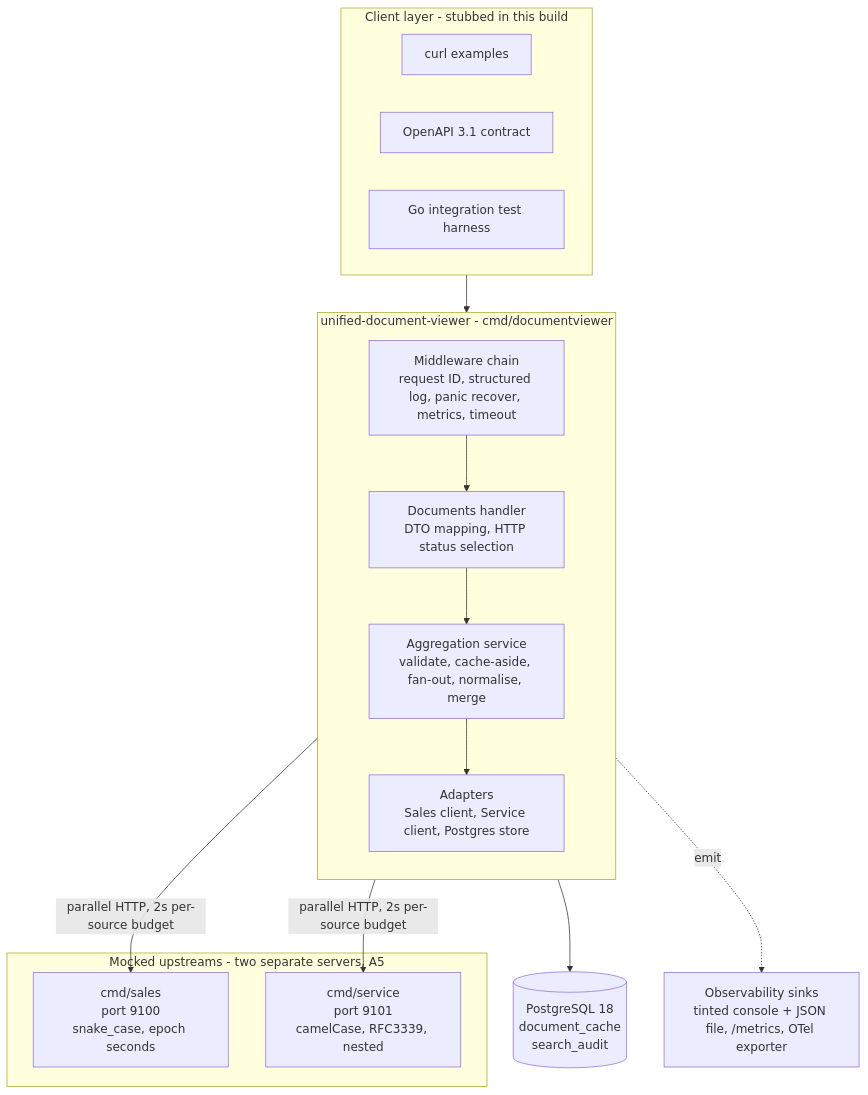
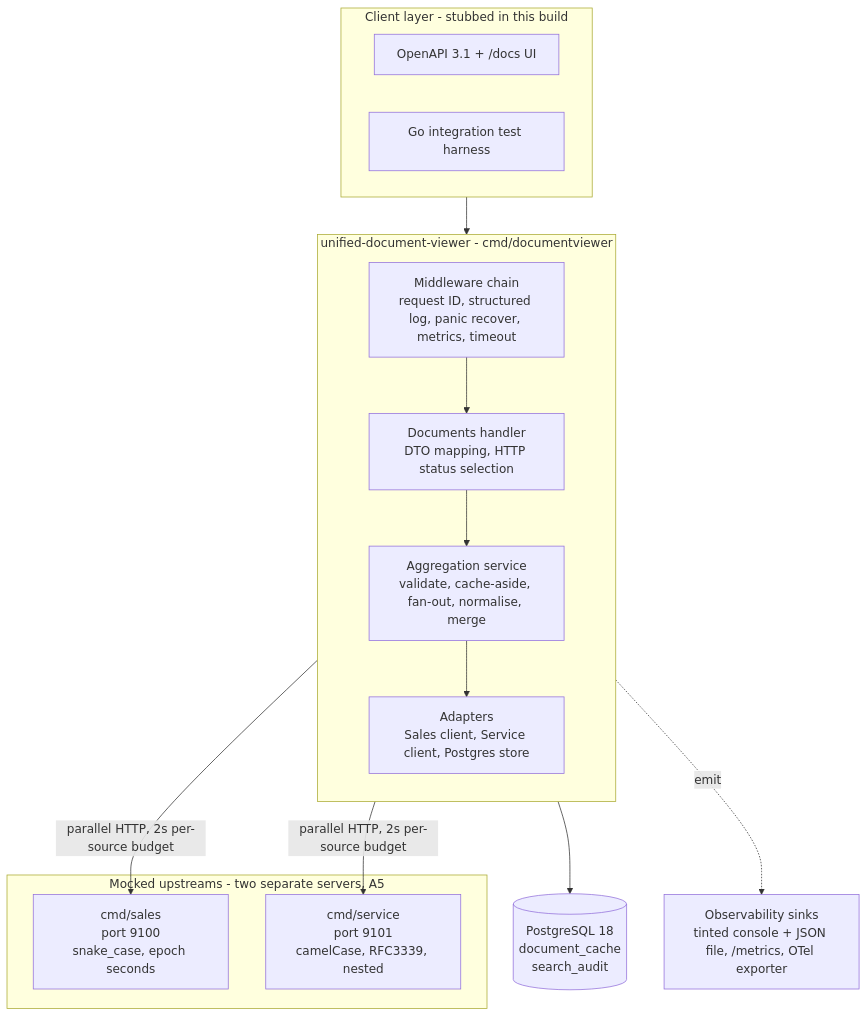
Before and after one commit to ducnd58233/keyloop-coding-challenge: the third of 7 diagrams in docs/design/SYSTEM_DESIGN.md, drawn with Mermaid. The commit also changed other lines of this file and 30 other files, not shown here.

Commit message:
feat(viewer): live OpenAPI, flat errors, and stack README

````diff
--- a/docs/design/SYSTEM_DESIGN.md
+++ b/docs/design/SYSTEM_DESIGN.md
@@ -338,33 +338,32 @@
 ```mermaid
 flowchart TB
     subgraph clients["Client layer - stubbed in this build"]
-        C1["curl examples"]
-        C2["OpenAPI 3.1 contract"]
+        C1["OpenAPI 3.1 + /docs UI"]
         C3["Go integration test harness"]
     end
 
     subgraph app["unified-document-viewer - cmd/documentviewer"]
         direction TB
         MW["Middleware chain<br/>request ID, structured log, panic recover, metrics, timeout"]
         HDL["Documents handler<br/>DTO mapping, HTTP status selection"]
         AGG["Aggregation service<br/>validate, cache-aside, fan-out, normalise, merge"]
         ADP["Adapters<br/>Sales client, Service client, Postgres store"]
         MW --> HDL
         HDL --> AGG
         AGG --> ADP
     end
 
     subgraph mocks["Mocked upstreams - two separate servers, A5"]
         SALES["cmd/sales<br/>port 9100<br/>snake_case, epoch seconds"]
         SERVICE["cmd/service<br/>port 9101<br/>camelCase, RFC3339, nested"]
     end
 
     DB[("PostgreSQL 18<br/>document_cache<br/>search_audit")]
     OBS["Observability sinks<br/>tinted console + JSON file, /metrics, OTel exporter"]
 
     clients --> MW
     ADP -->|"parallel HTTP, 2s per-source budget"| SALES
     ADP -->|"parallel HTTP, 2s per-source budget"| SERVICE
     ADP --> DB
     app -.->|"emit"| OBS
 ```
````
